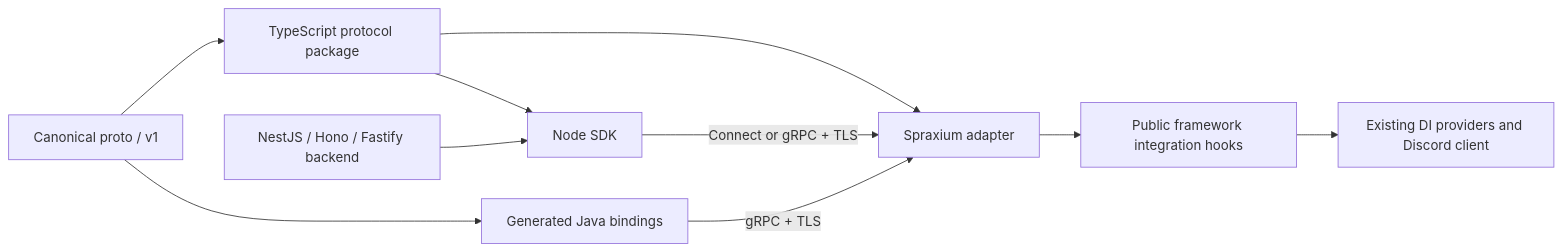
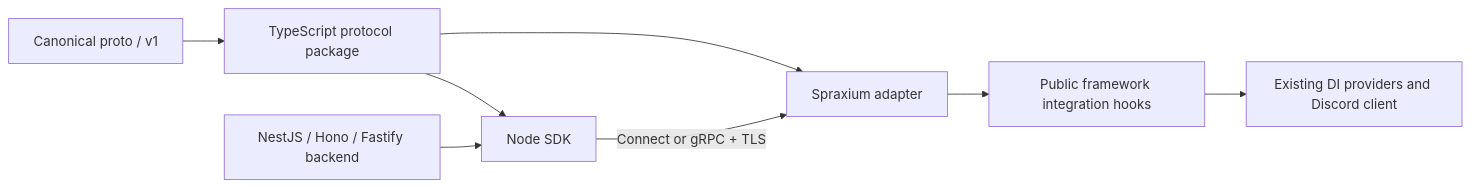
One commit to spraxium/rpc changed the first of 2 diagrams in docs/architecture.md. Above: the diagram before and after it, drawn with Mermaid. The commit also changed other lines of this file and 119 other files, not shown here.

````diff
--- a/docs/architecture.md
+++ b/docs/architecture.md
@@ -5,12 +5,10 @@
 ```mermaid
 flowchart LR
   P[Canonical proto / v1] --> TS[TypeScript protocol package]
-  P --> J[Generated Java bindings]
   TS --> C[Node SDK]
   TS --> A[Spraxium adapter]
   N[NestJS / Hono / Fastify backend] --> C
   C -->|Connect or gRPC + TLS| A
-  J -->|gRPC + TLS| A
   A --> H[Public framework integration hooks]
   H --> D[Existing DI providers and Discord client]
 ```
````
